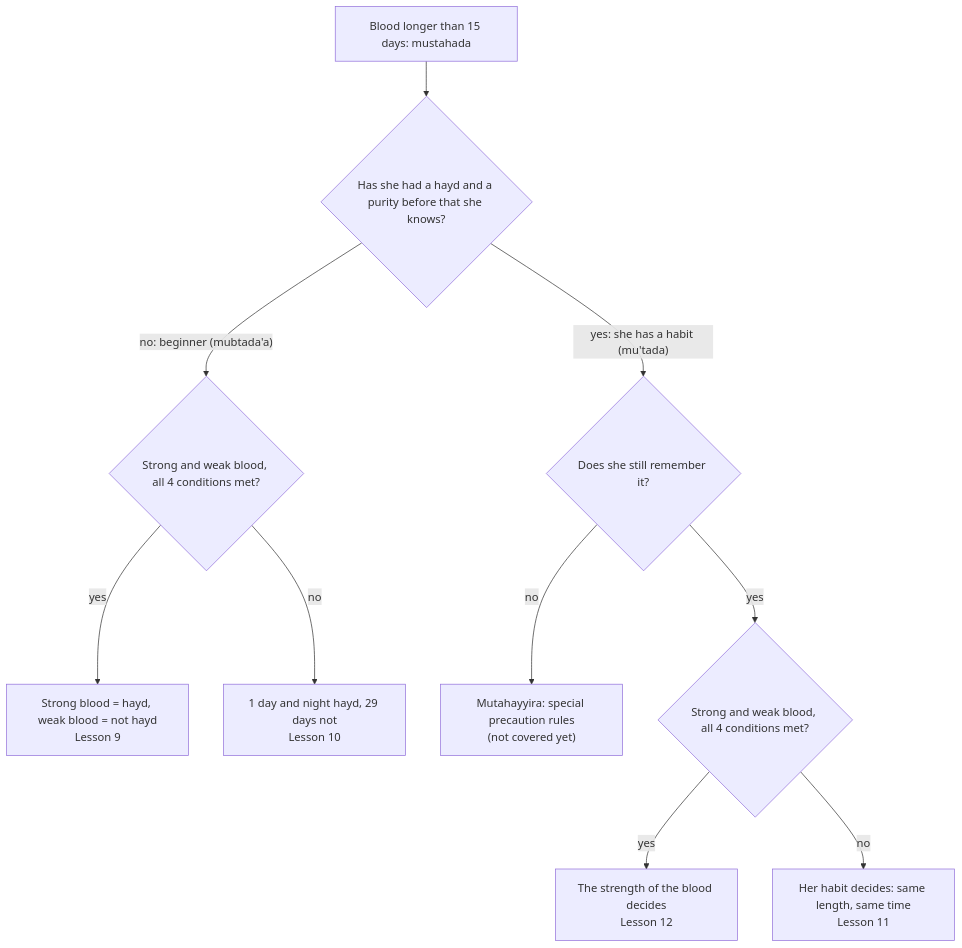
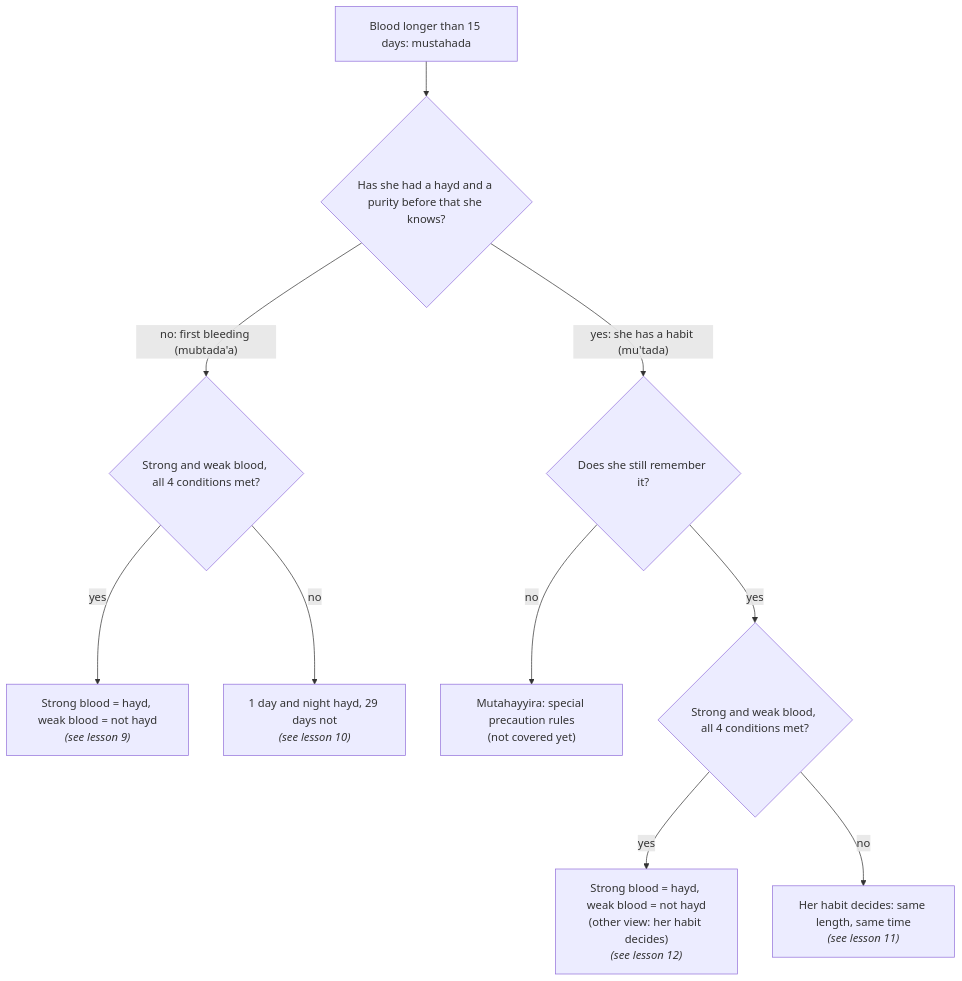
The first of 2 diagrams in docs/fiqh/zero-to-hero.md (TalipV/HaydCalculatorProject), drawn with Mermaid before and after one commit. The commit also changed other lines of this file, not shown here.

First line of the commit message:
Guide: say "first bleeding" instead of "beginner", clearer diagram labels

````diff
--- a/docs/fiqh/zero-to-hero.md
+++ b/docs/fiqh/zero-to-hero.md
@@ -314,12 +314,12 @@
 ```mermaid
 flowchart TD
     A["Blood longer than 15 days: mustahada"] --> B{"Has she had a hayd and a purity before that she knows?"}
-    B -- "no: beginner (mubtada'a)" --> C{"Strong and weak blood, all 4 conditions met?"}
-    C -- yes --> R1["Strong blood = hayd, weak blood = not hayd<br/>Lesson 9"]
-    C -- no --> R2["1 day and night hayd, 29 days not<br/>Lesson 10"]
+    B -- "no: first bleeding (mubtada'a)" --> C{"Strong and weak blood, all 4 conditions met?"}
+    C -- yes --> R1["Strong blood = hayd, weak blood = not hayd<br/><i>(see lesson 9)</i>"]
+    C -- no --> R2["1 day and night hayd, 29 days not<br/><i>(see lesson 10)</i>"]
     B -- "yes: she has a habit (mu'tada)" --> D{"Does she still remember it?"}
     D -- no --> R5["Mutahayyira: special precaution rules<br/>(not covered yet)"]
     D -- yes --> E{"Strong and weak blood, all 4 conditions met?"}
-    E -- yes --> R3["The strength of the blood decides<br/>Lesson 12"]
-    E -- no --> R4["Her habit decides: same length, same time<br/>Lesson 11"]
+    E -- yes --> R3["Strong blood = hayd, weak blood = not hayd<br/>(other view: her habit decides)<br/><i>(see lesson 12)</i>"]
+    E -- no --> R4["Her habit decides: same length, same time<br/><i>(see lesson 11)</i>"]
 ```
````
